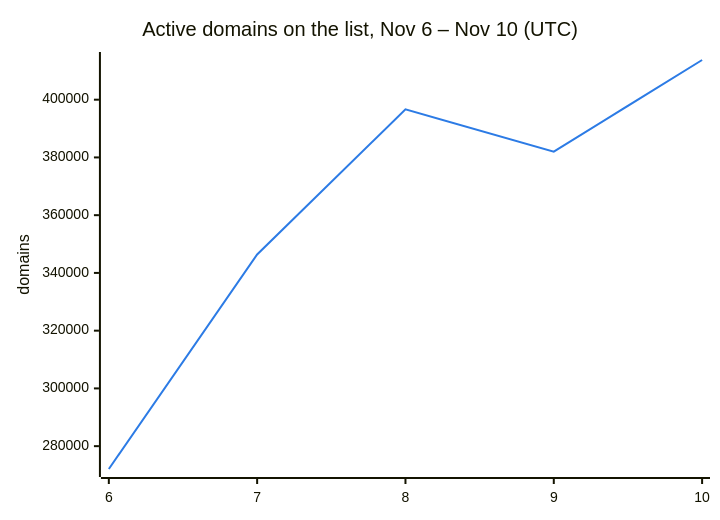
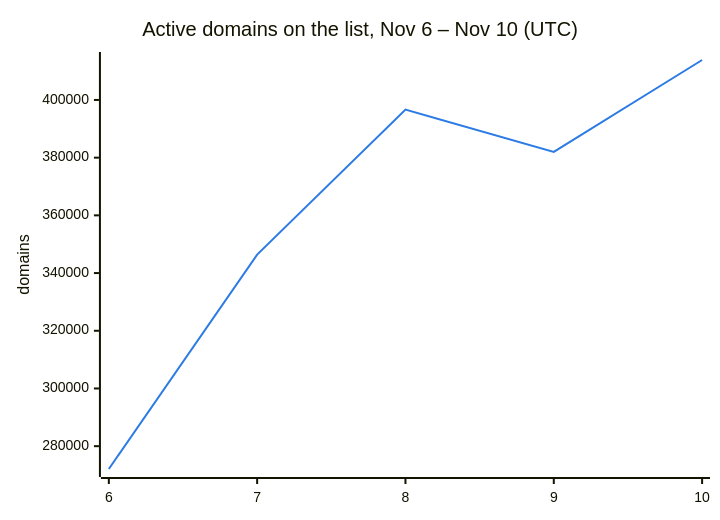
Before and after one commit to DNSBunker/CTI: the second of 3 diagrams in README.md, drawn with Mermaid. The commit also changed other lines of this file and 3 other files, not shown here.

````diff
--- a/README.md
+++ b/README.md
@@ -38,8 +38,8 @@
 ```mermaid
 %%{init: {"themeVariables": {"xyChart": {"plotColorPalette": "#2c7be5"}}}}%%
 xychart-beta
     title "Active domains on the list, Nov 6 – Nov 10 (UTC)"
     x-axis ["6", "7", "8", "9", "10"]
     y-axis "domains"
-    line [272088, 346388, 396638, 382009, 413745]
+    line [272088, 346388, 396638, 382009, 413848]
 ```
````
